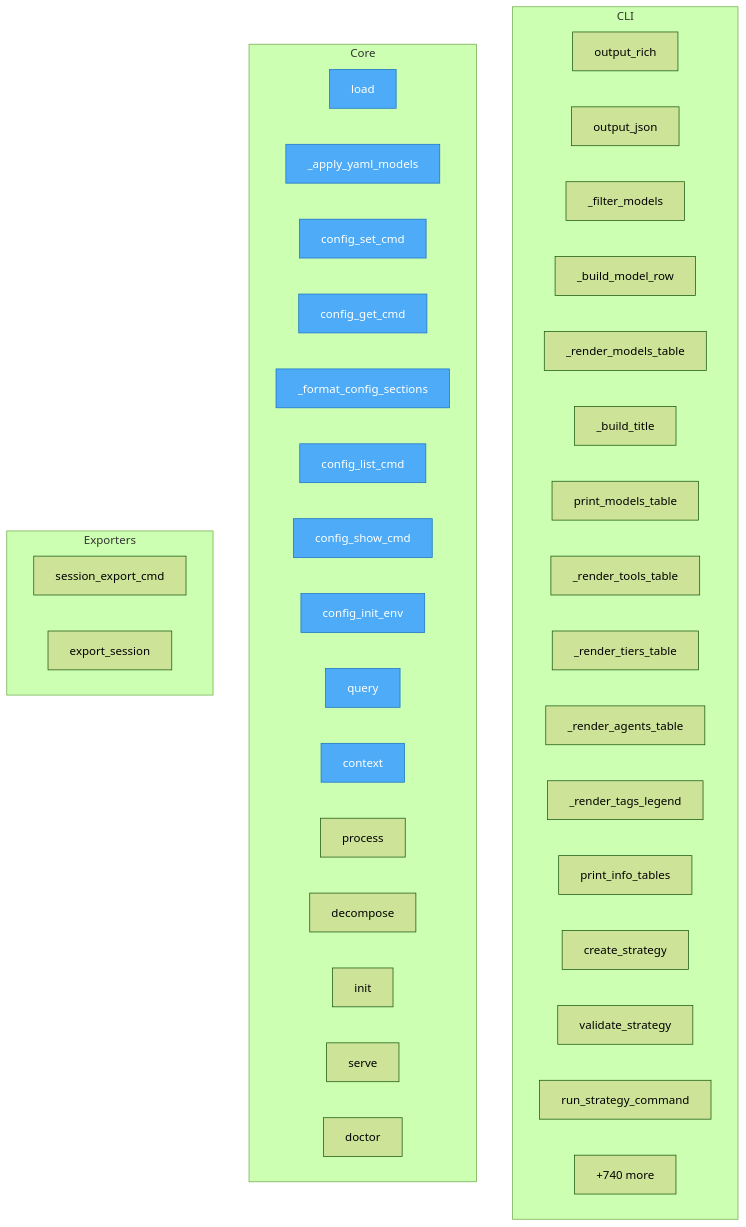
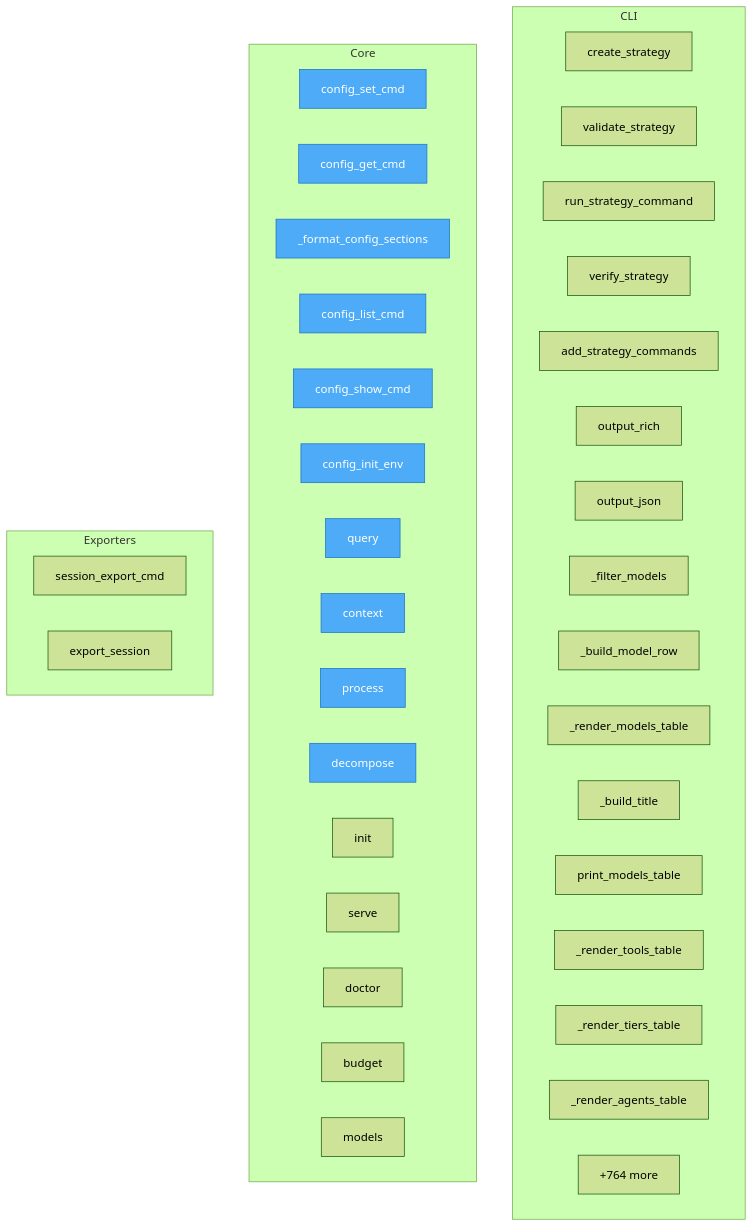
Before and after one commit to semcod/llx: the diagram in project/flow.mmd, drawn with Mermaid (forest theme). The commit also changed 19 other files, not shown here.

```diff
--- a/project/flow.mmd
+++ b/project/flow.mmd
@@ -1,49 +1,49 @@
 flowchart TD
 
     %% Entry points (blue)
     classDef entry fill:#4dabf7,stroke:#1971c2,color:#fff
 
     subgraph CLI
+        llx__cli__strategy_commands__create_strategy["create_strategy"]
+        llx__cli__strategy_commands__validate_strategy["validate_strategy"]
+        llx__cli__strategy_commands__run_strategy_command["run_strategy_command"]
+        llx__cli__strategy_commands__verify_strategy["verify_strategy"]
+        llx__cli__strategy_commands__add_strategy_commands["add_strategy_commands"]
         llx__cli__formatters__output_rich["output_rich"]
         llx__cli__formatters__output_json["output_json"]
         llx__cli__formatters___filter_models["_filter_models"]
         llx__cli__formatters___build_model_row["_build_model_row"]
         llx__cli__formatters___render_models_table["_render_models_table"]
         llx__cli__formatters___build_title["_build_title"]
         llx__cli__formatters__print_models_table["print_models_table"]
         llx__cli__formatters___render_tools_table["_render_tools_table"]
         llx__cli__formatters___render_tiers_table["_render_tiers_table"]
         llx__cli__formatters___render_agents_table["_render_agents_table"]
-        llx__cli__formatters___render_tags_legend["_render_tags_legend"]
-        llx__cli__formatters__print_info_tables["print_info_tables"]
-        llx__cli__strategy_commands__create_strategy["create_strategy"]
-        llx__cli__strategy_commands__validate_strategy["validate_strategy"]
-        llx__cli__strategy_commands__run_strategy_command["run_strategy_command"]
         ...["+20 more"]
     end
 
     subgraph Core
-        llx__config__LlxConfig__load["load"]
-        llx__config___apply_yaml_models["_apply_yaml_models"]
         llx__prellm__cli_config__config_set_cmd["config_set_cmd"]
         llx__prellm__cli_config__config_get_cmd["config_get_cmd"]
         llx__prellm__cli_config___format_config_sections["_format_config_sections"]
         llx__prellm__cli_config__config_list_cmd["config_list_cmd"]
         llx__prellm__cli_config__config_show_cmd["config_show_cmd"]
         llx__prellm__cli_config__config_init_env["config_init_env"]
         llx__prellm__cli__query["query"]
         llx__prellm__cli__context["context"]
         llx__prellm__cli__process["process"]
         llx__prellm__cli__decompose["decompose"]
         llx__prellm__cli__init["init"]
         llx__prellm__cli__serve["serve"]
         llx__prellm__cli__doctor["doctor"]
-        ...["+740 more"]
+        llx__prellm__cli__budget["budget"]
+        llx__prellm__cli__models["models"]
+        ...["+764 more"]
     end
 
     subgraph Exporters
         llx__prellm__cli__session_export_cmd["session_export_cmd"]
         llx__prellm__context__user_memory__UserMemory__export_session["export_session"]
     end
 
-    class llx__config__LlxConfig__load,llx__config___apply_yaml_models,llx__prellm__cli_config__config_set_cmd,llx__prellm__cli_config__config_get_cmd,llx__prellm__cli_config___format_config_sections,llx__prellm__cli_config__config_list_cmd,llx__prellm__cli_config__config_show_cmd,llx__prellm__cli_config__config_init_env,llx__prellm__cli__query,llx__prellm__cli__context entry
+    class llx__prellm__cli_config__config_set_cmd,llx__prellm__cli_config__config_get_cmd,llx__prellm__cli_config___format_config_sections,llx__prellm__cli_config__config_list_cmd,llx__prellm__cli_config__config_show_cmd,llx__prellm__cli_config__config_init_env,llx__prellm__cli__query,llx__prellm__cli__context,llx__prellm__cli__process,llx__prellm__cli__decompose entry
```
